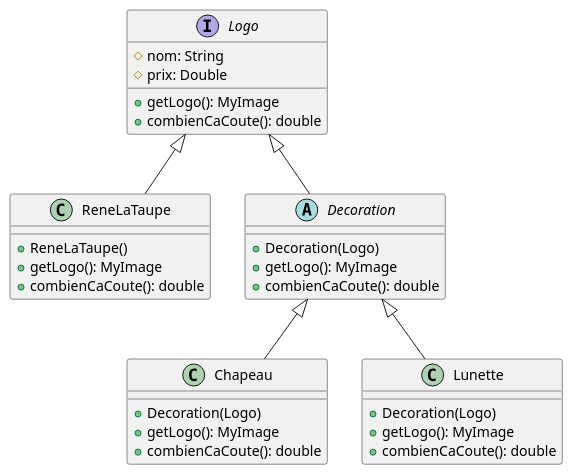
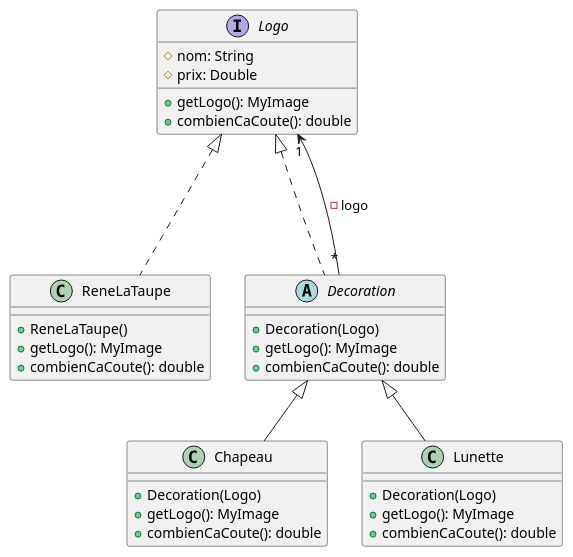
Before and after one commit to the-exercise-iut-charlemage/CPOA-TD4-BIN1: the diagram in diagrame/diagrame rené.puml, drawn with PlantUML. The commit also changed 1 other file, not shown here.

Commit message:
update uml

```diff
--- a/diagrame/diagrame rené.puml
+++ b/diagrame/diagrame rené.puml
@@ -1,35 +1,36 @@
 @startuml
 
 interface Logo {
     # nom: String
     # prix: Double
     + getLogo(): MyImage
     + combienCaCoute(): double
 }
 class ReneLaTaupe {
     + ReneLaTaupe()
     + getLogo(): MyImage
     + combienCaCoute(): double
 }
 abstract class Decoration {
     + Decoration(Logo)
     + getLogo(): MyImage
     + combienCaCoute(): double
 }
 class Chapeau {
     + Decoration(Logo)
     + getLogo(): MyImage
     + combienCaCoute(): double
 }
 class Lunette {
     + Decoration(Logo)
     + getLogo(): MyImage
     + combienCaCoute(): double
 }
 
-Logo <|-- ReneLaTaupe
-Logo <|-- Decoration
+Logo <|.-- ReneLaTaupe
+Logo <|.-- Decoration
 Decoration <|-- Chapeau
 Decoration <|-- Lunette
+Decoration "*" --> "1" Logo: - logo
 
 @enduml
```
